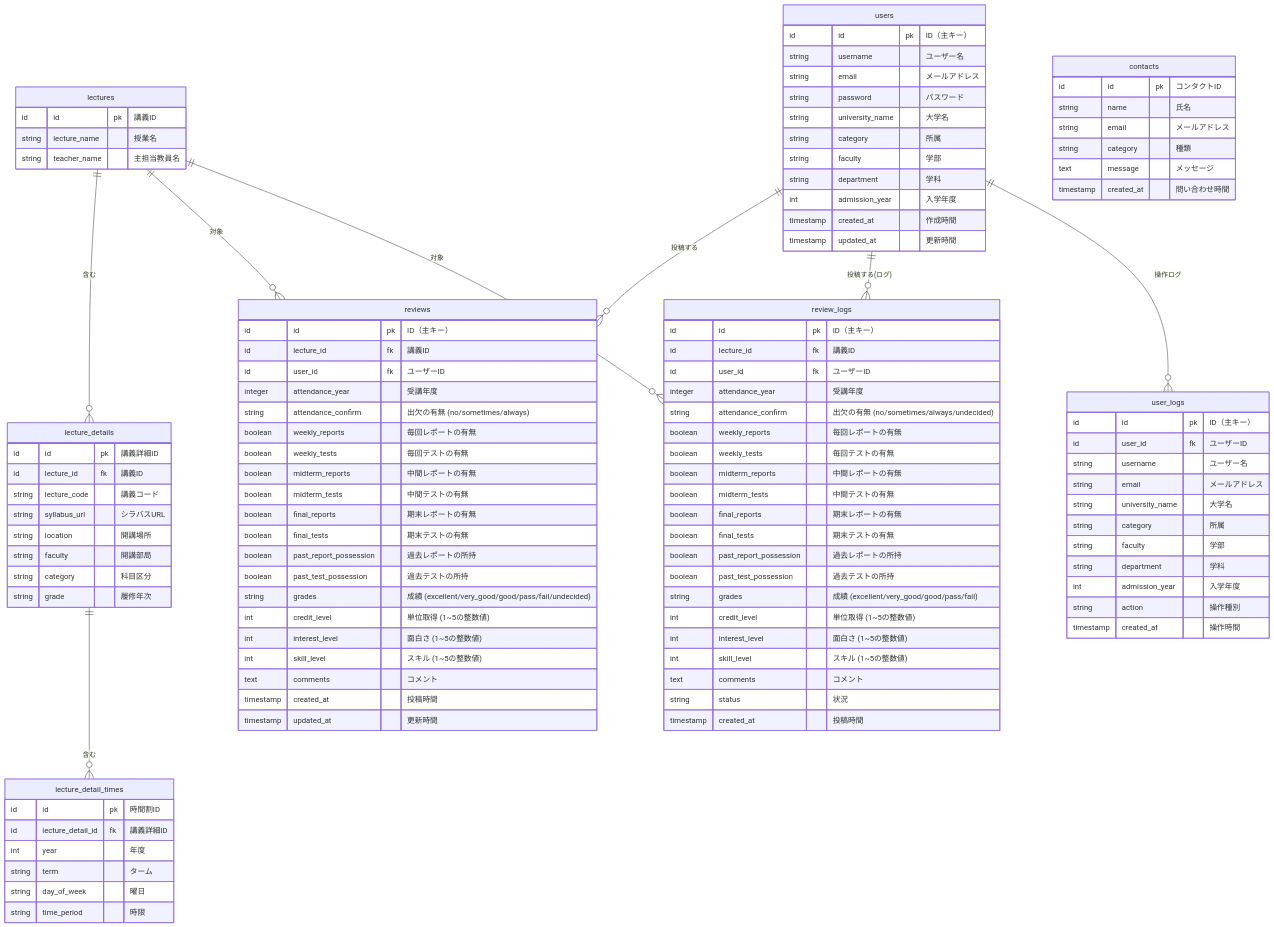
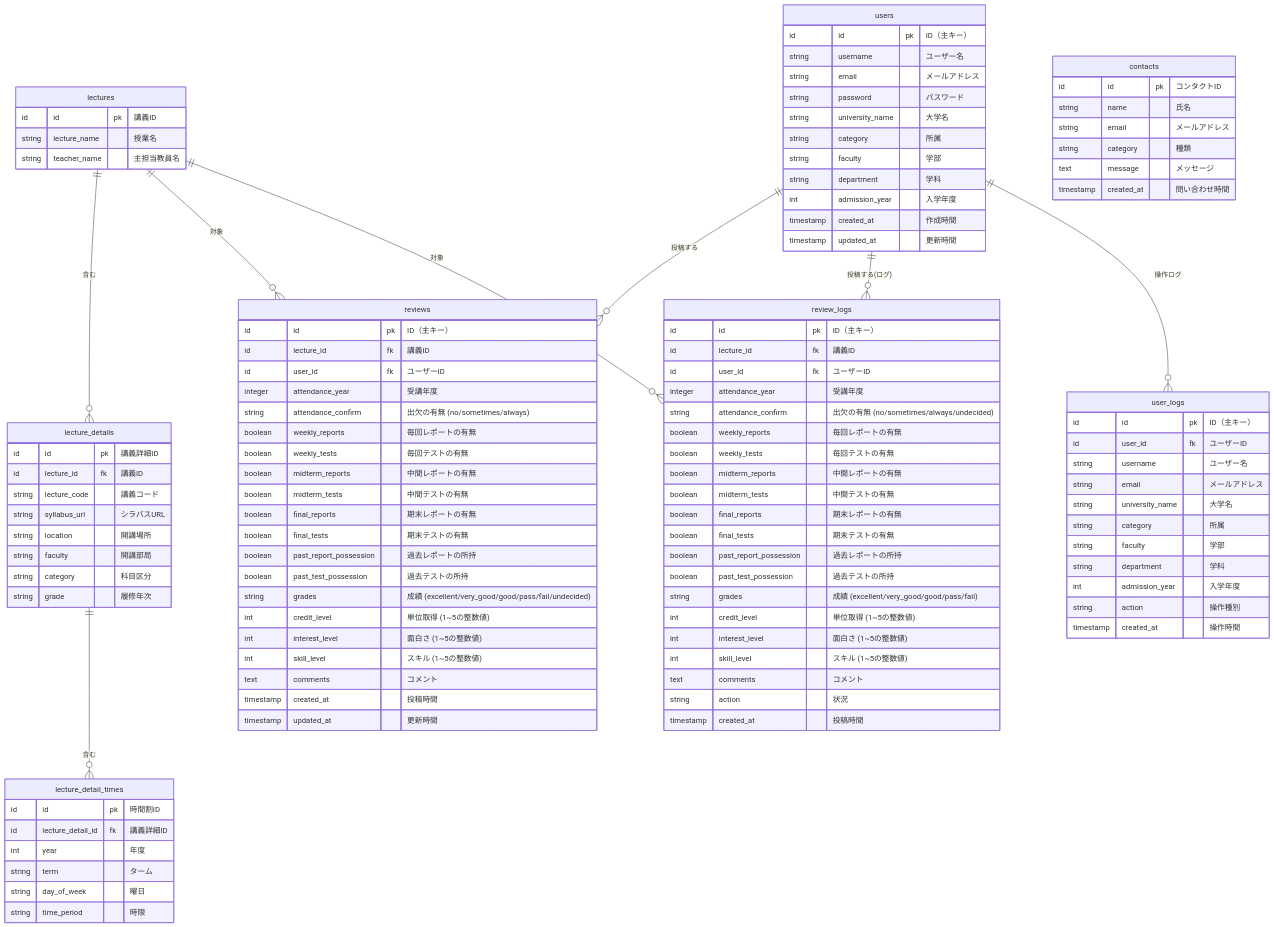
One commit to HirodaiTarou/kaede-django-next.js changed the diagram in docs/database.md. Above: the diagram before and after it, drawn with Mermaid. The commit also changed other lines of this file and 2 other files, not shown here.

Commit message:
#12 ReviewLogsのstatusフィールドをactionフィールドに再命名

```diff
--- a/docs/database.md
+++ b/docs/database.md
@@ -99,7 +99,7 @@
     int interest_level "面白さ (1~5の整数値)"
     int skill_level "スキル (1~5の整数値)"
     text comments "コメント"
-    string status "状況"
+    string action "状況"
     timestamp created_at "投稿時間"
 }
 
```
